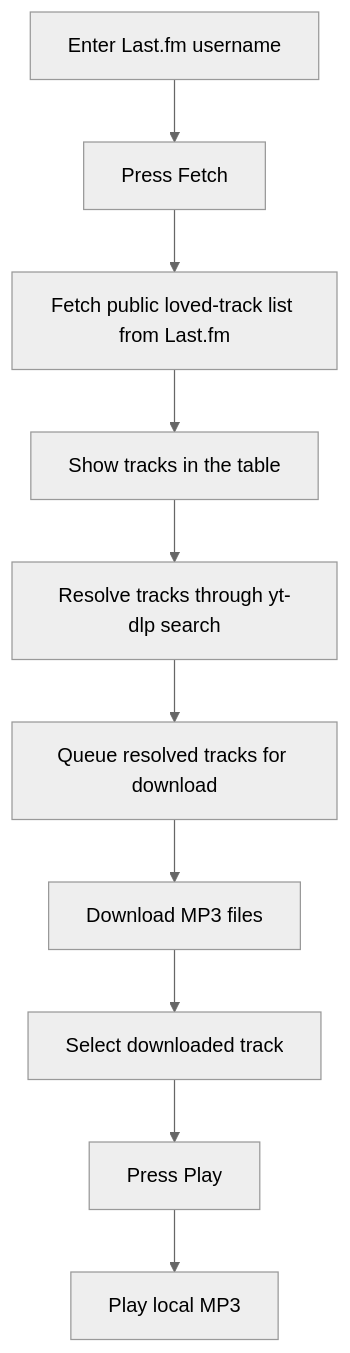
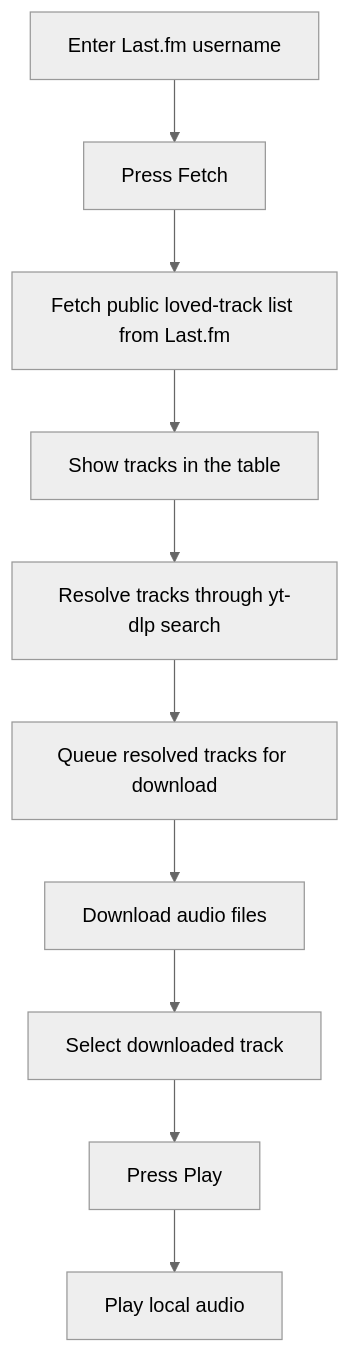
The first of 3 diagrams in README.md (marcelpetrick/myLastFmPlayer), drawn with Mermaid (neutral theme) before and after one commit. The commit also changed other lines of this file and 24 other files, not shown here.

First line of the commit message:
docs(product): present maintained release and current architecture (v0.0.165)

````diff
--- a/README.md
+++ b/README.md
@@ -140,12 +192,12 @@
 ```mermaid
 flowchart TD
     A["Enter Last.fm username"] --> B["Press Fetch"]
     B --> C["Fetch public loved-track list from Last.fm"]
     C --> D["Show tracks in the table"]
     D --> E["Resolve tracks through yt-dlp search"]
     E --> F["Queue resolved tracks for download"]
-    F --> G["Download MP3 files"]
+    F --> G["Download audio files"]
     G --> H["Select downloaded track"]
     H --> I["Press Play"]
-    I --> J["Play local MP3"]
+    I --> J["Play local audio"]
 ```
````
